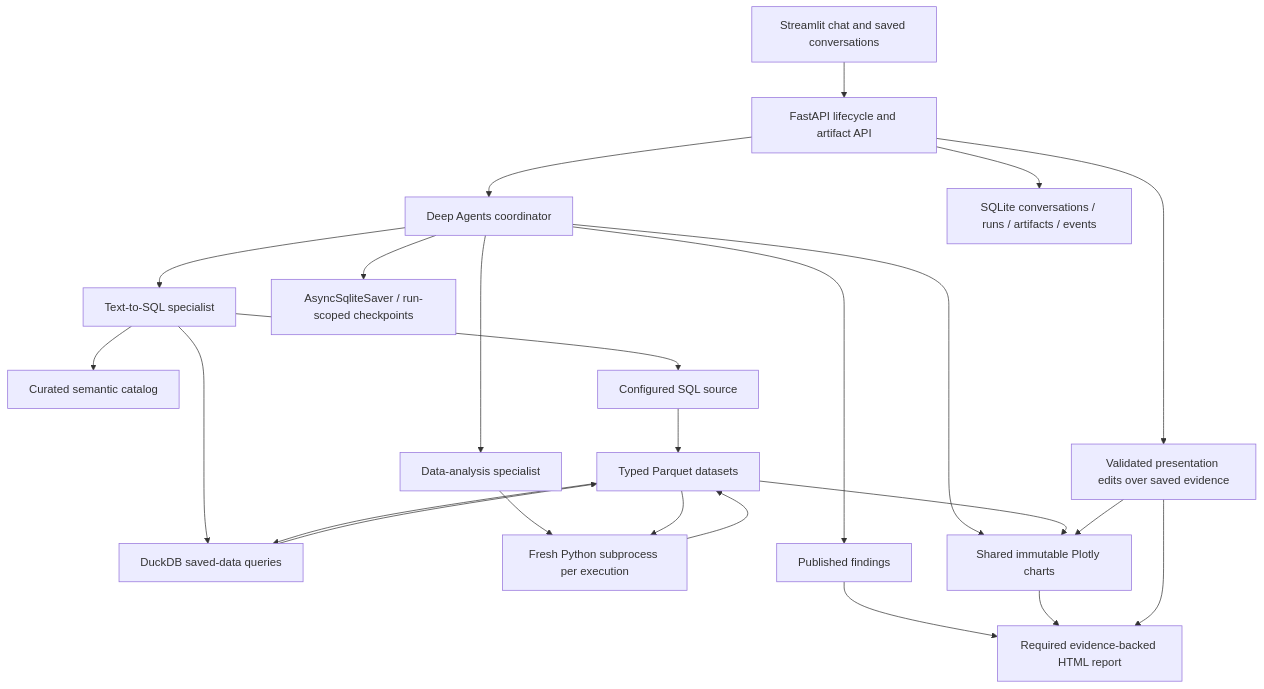
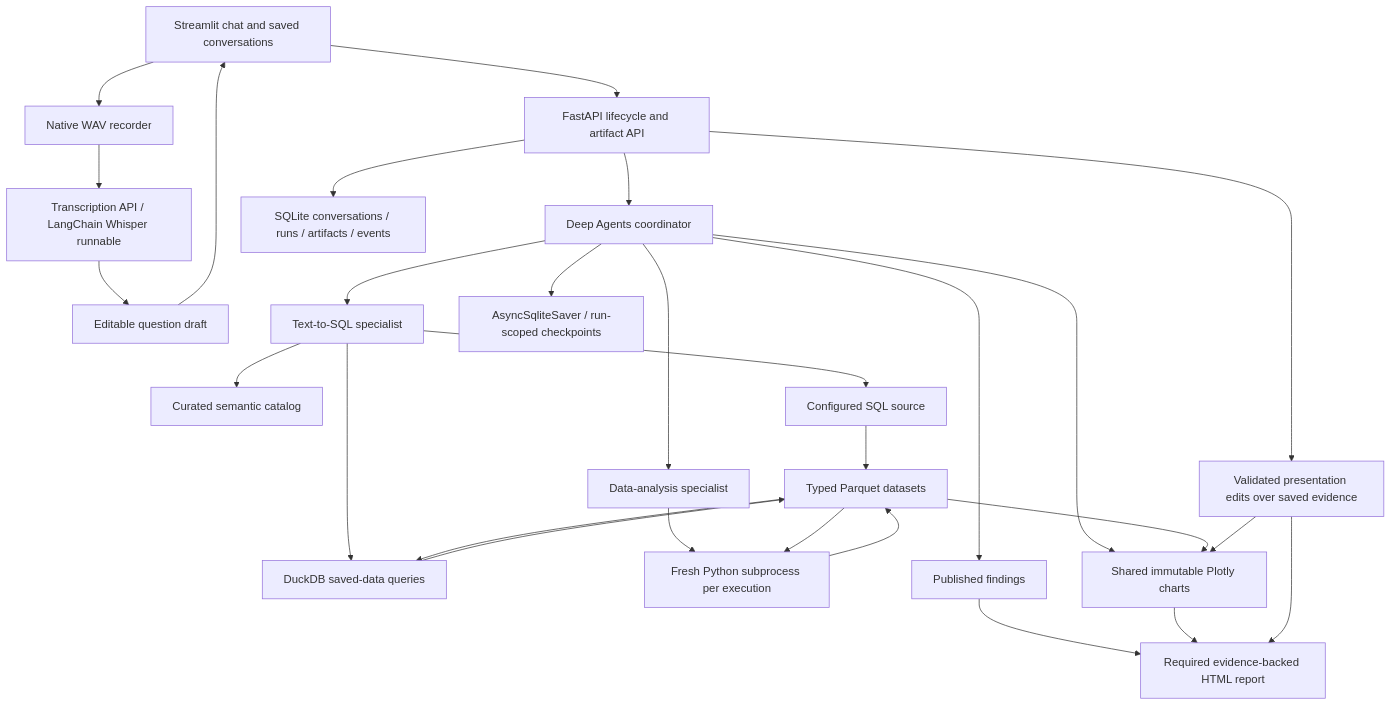
The diagram in data-analytics-agent/doc/development/architecture.md (lizequnwz/deepagents-agents), drawn with Mermaid before and after one commit. The commit also changed other lines of this file and 79 other files, not shown here.

````diff
--- a/data-analytics-agent/doc/development/architecture.md
+++ b/data-analytics-agent/doc/development/architecture.md
@@ -3,26 +3,30 @@
 ```mermaid
 flowchart TD
     UI[Streamlit chat and saved conversations] --> API[FastAPI lifecycle and artifact API]
     API --> C[Deep Agents coordinator]
+    UI --> Voice[Native WAV recorder]
+    Voice --> STT[Transcription API / LangChain Whisper runnable]
+    STT --> Draft[Editable question draft]
+    Draft --> UI
     API --> Edit[Validated presentation edits over saved evidence]
     C --> S[Text-to-SQL specialist]
     C --> P[Data-analysis specialist]
     S --> OSI[Curated semantic catalog]
     S --> Source[Configured SQL source]
     S --> Duck[DuckDB saved-data queries]
     P --> Py[Fresh Python subprocess per execution]
     Source --> D[Typed Parquet datasets]
     Duck --> D
     D --> Duck
     D --> Py
     Py --> D
     C --> Chart[Shared immutable Plotly charts]
     D --> Chart
     C --> Findings[Published findings]
     Findings --> Report[Required evidence-backed HTML report]
     Chart --> Report
     Edit --> Chart
     Edit --> Report
     API --> Metadata[SQLite conversations / runs / artifacts / events]
     C --> Checkpoints[AsyncSqliteSaver / run-scoped checkpoints]
 ```
````
